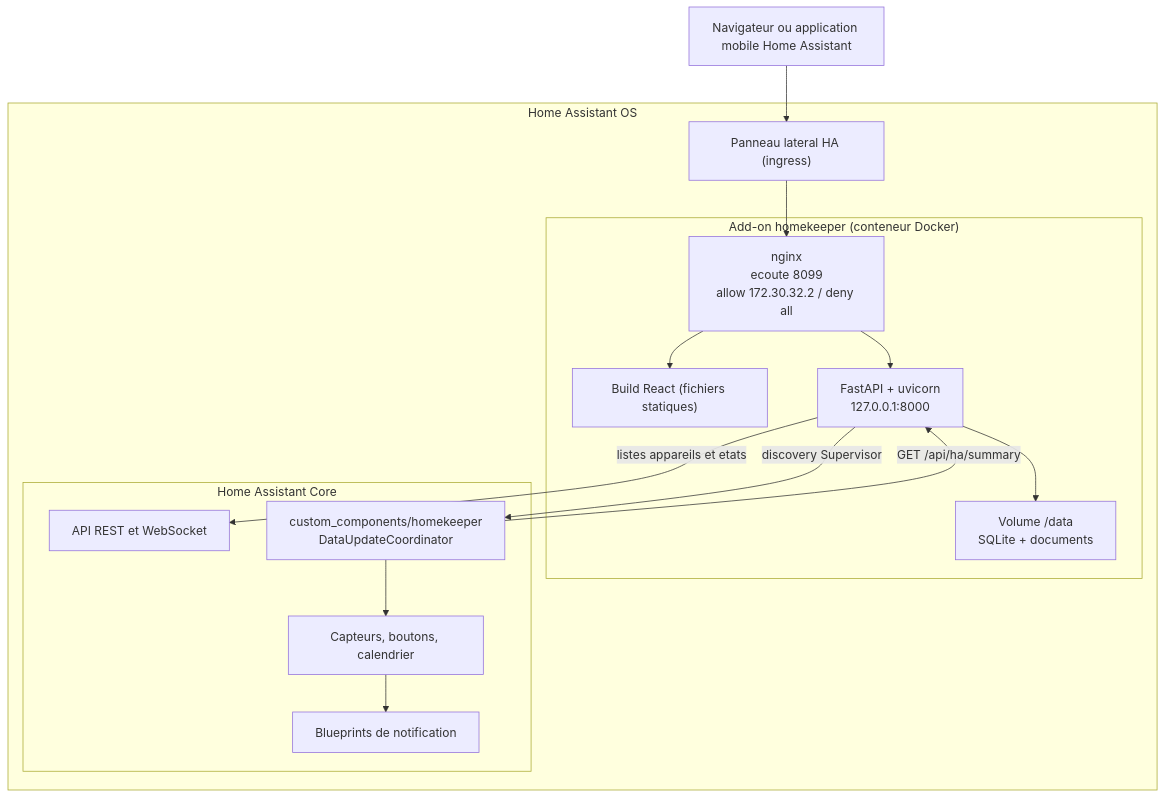
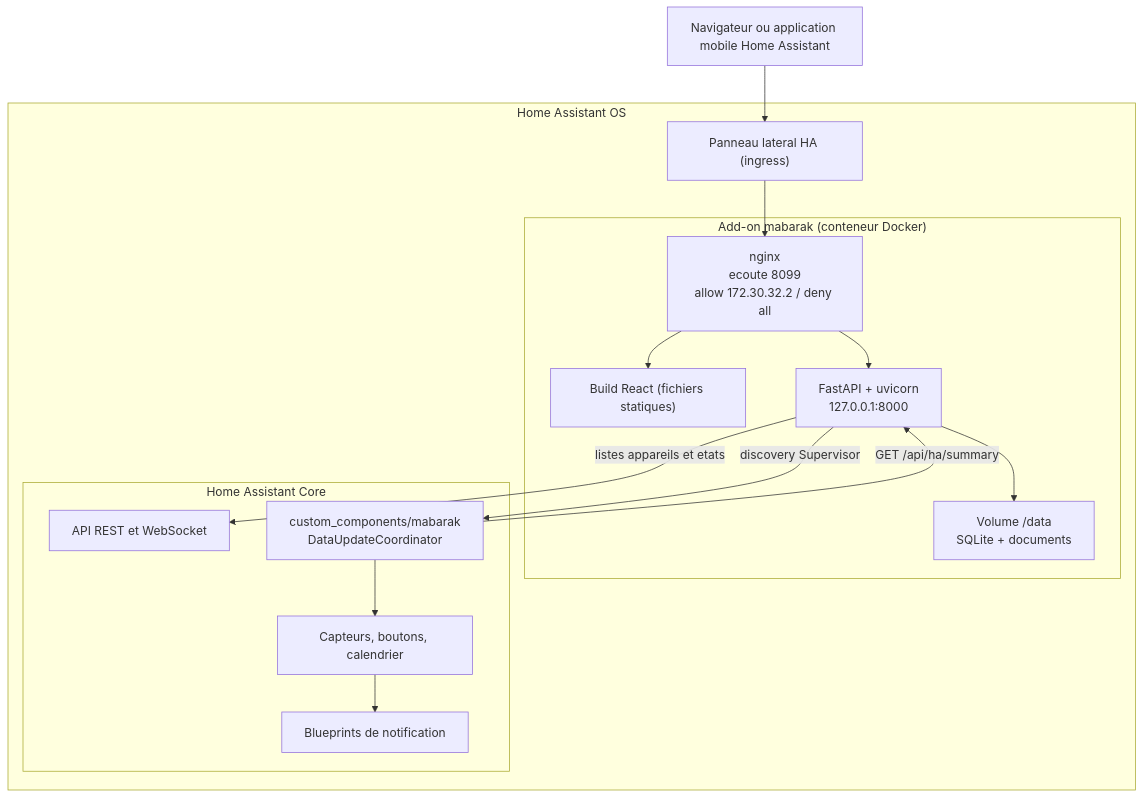
One commit to k69sknk/myhome changed the first of 3 diagrams in docs/ARCHITECTURE.md. Above: the diagram before and after it, drawn with Mermaid. The commit also changed other lines of this file and 168 other files, not shown here.

````diff
--- a/docs/ARCHITECTURE.md
+++ b/docs/ARCHITECTURE.md
@@ -40,33 +40,33 @@
 ```mermaid
 flowchart TB
     user["Navigateur ou application mobile Home Assistant"]
 
     subgraph haos [Home Assistant OS]
         panel["Panneau lateral HA (ingress)"]
 
-        subgraph addon ["Add-on homekeeper (conteneur Docker)"]
+        subgraph addon ["Add-on mabarak (conteneur Docker)"]
             nginx["nginx<br/>ecoute 8099<br/>allow 172.30.32.2 / deny all"]
             static["Build React (fichiers statiques)"]
             api["FastAPI + uvicorn<br/>127.0.0.1:8000"]
             data["Volume /data<br/>SQLite + documents"]
             nginx --> static
             nginx --> api
             api --> data
         end
 
         subgraph core [Home Assistant Core]
             haApi["API REST et WebSocket"]
-            integ["custom_components/homekeeper<br/>DataUpdateCoordinator"]
+            integ["custom_components/mabarak<br/>DataUpdateCoordinator"]
             entities["Capteurs, boutons, calendrier"]
             blueprints["Blueprints de notification"]
             integ --> entities
             entities --> blueprints
         end
     end
 
     user --> panel
     panel --> nginx
     integ -->|"GET /api/ha/summary"| api
     api -->|"discovery Supervisor"| integ
     api -->|"listes appareils et etats"| haApi
 ```
````
